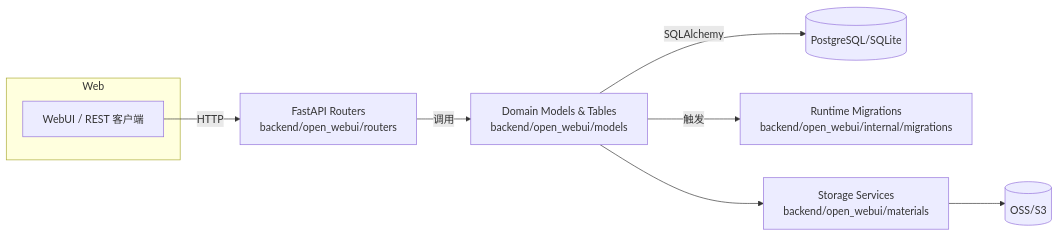
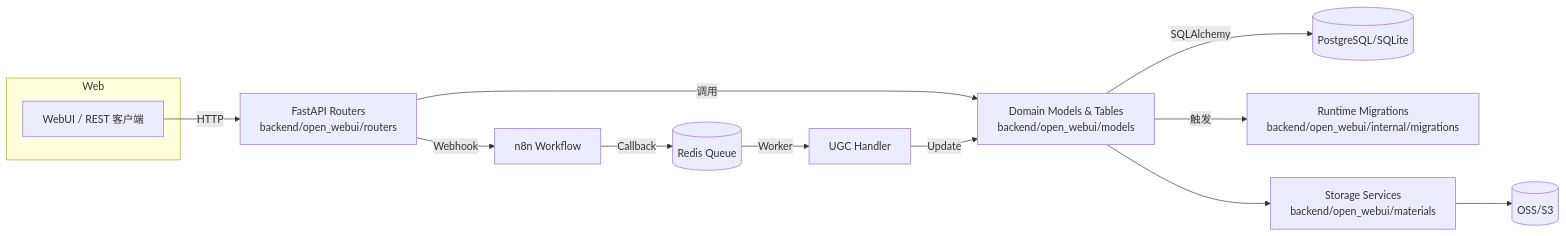
One commit to Cokefish9527/open-webui changed the first of 3 diagrams in PROJECTWIKI.md. Above: the diagram before and after it, drawn with Mermaid. The commit also changed other lines of this file and 16 other files, not shown here.

````diff
--- a/PROJECTWIKI.md
+++ b/PROJECTWIKI.md
@@ -11,12 +11,16 @@
 ```mermaid
 flowchart LR
     subgraph Web
         UI[WebUI / REST 客户端]
     end
     UI -->|HTTP| Router[FastAPI Routers<br/>backend/open_webui/routers]
     Router -->|调用| Models[Domain Models & Tables<br/>backend/open_webui/models]
     Models -->|SQLAlchemy| DB[(PostgreSQL/SQLite)]
     Models -->|触发| Migrations[Runtime Migrations<br/>backend/open_webui/internal/migrations]
     Models --> Storage[Storage Services<br/>backend/open_webui/materials]
     Storage --> OSS[(OSS/S3)]
+    Router -->|Webhook| n8n[n8n Workflow]
+    n8n -->|Callback| Redis[(Redis Queue)]
+    Redis -->|Worker| Handler[UGC Handler]
+    Handler -->|Update| Models
 ```
````
